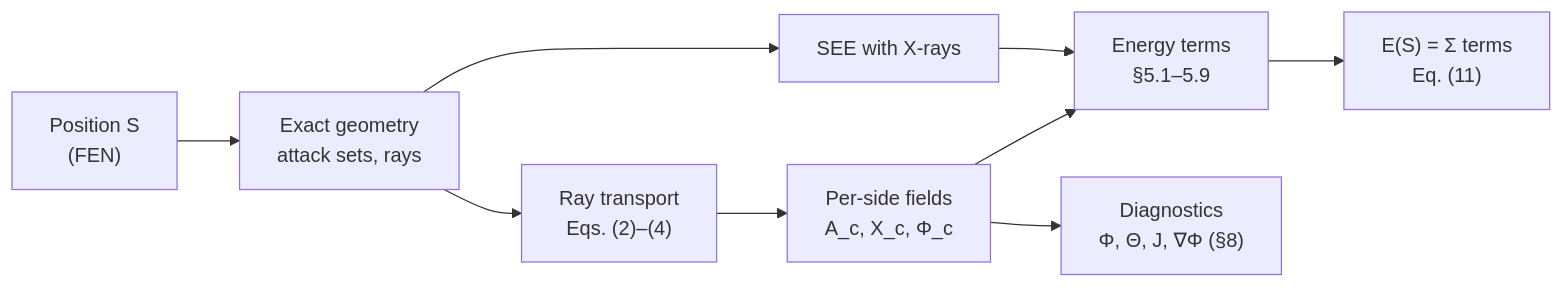
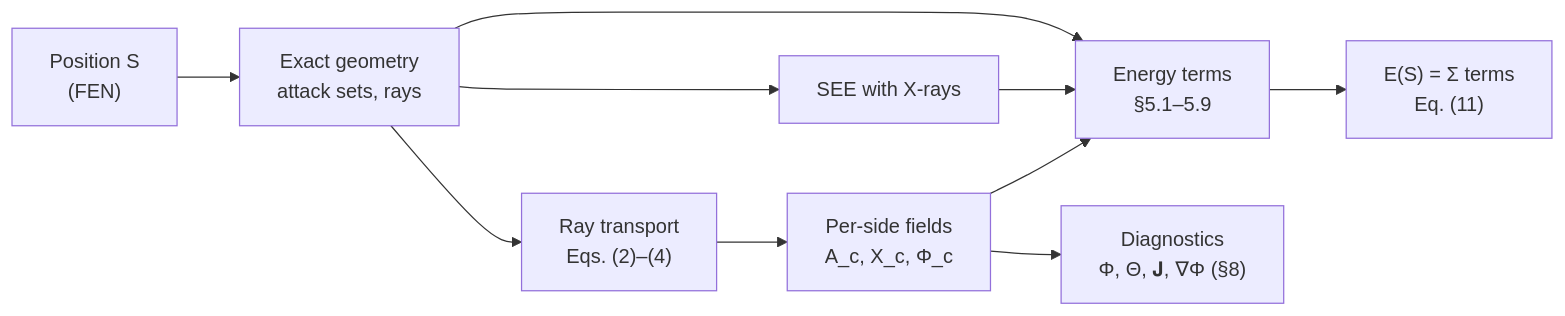
The diagram in docs/design/02-field-model.md (sr2echa/Nabla), drawn with Mermaid before and after one commit. The commit also changed other lines of this file and 7 other files, not shown here.

````diff
--- a/docs/design/02-field-model.md
+++ b/docs/design/02-field-model.md
@@ -79,11 +80,12 @@
 ```mermaid
 flowchart LR
     S["Position S<br/>(FEN)"] --> G["Exact geometry<br/>attack sets, rays"]
     G --> T["Ray transport<br/>Eqs. (2)–(4)"]
     T --> F["Per-side fields<br/>A_c, X_c, Φ_c"]
     G --> X["SEE with X-rays"]
     F --> E["Energy terms<br/>§5.1–5.9"]
     X --> E
+    G --> E
     E --> SUM["E(S) = Σ terms<br/>Eq. (11)"]
-    F --> D["Diagnostics<br/>Φ, Θ, J, ∇Φ (§8)"]
+    F --> D["Diagnostics<br/>Φ, Θ, 𝐉, ∇Φ (§8)"]
 ```
````
